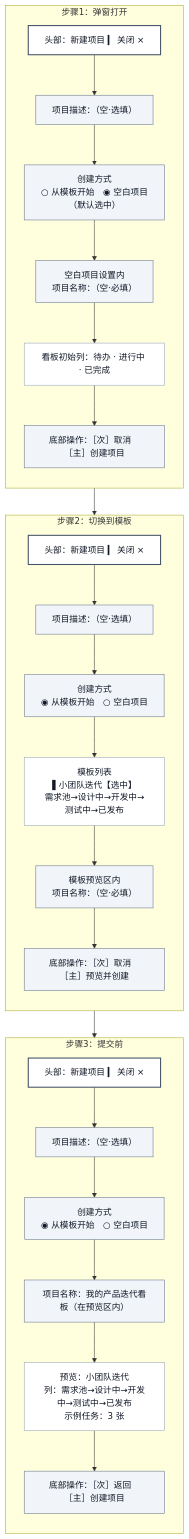
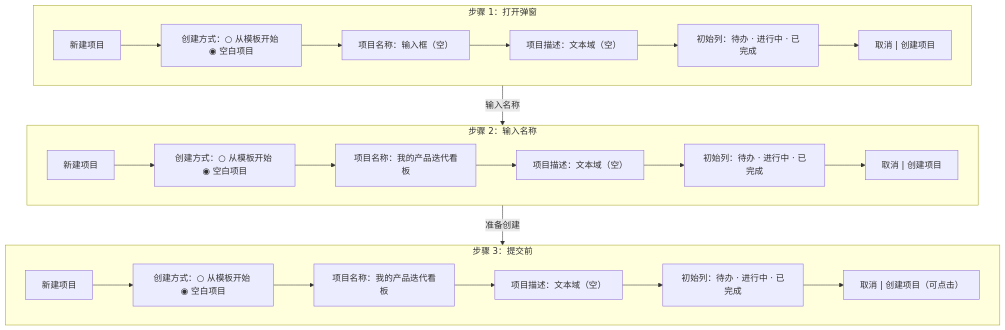
The sixth of 10 diagrams in docs/05-validation/低保真对照测试资产-PD-010C.md (tangtongqing/kanboard-onboarding-optimization), drawn with Mermaid before and after one commit. The commit also changed other lines of this file and 146 other files, not shown here.

````diff
--- a/docs/05-validation/低保真对照测试资产-PD-010C.md
+++ b/docs/05-validation/低保真对照测试资产-PD-010C.md
@@ -278,44 +259,32 @@
 ```mermaid
 flowchart TB
-    subgraph T06_STEP1["步骤1：弹窗打开"]
-        direction TB
-        T06_HEAD["头部：新建项目 ▎ 关闭 ×"]
-        T06_DESC1["项目描述：（空·选填）"]
-        T06_MODE1["创建方式<br/>○ 从模板开始　◉ 空白项目（默认选中）"]
-        T06_NAME1["空白项目设置内<br/>项目名称：（空·必填）"]
-        T06_COLS1["看板初始列：待办 · 进行中 · 已完成"]
-        T06_ACT1["底部操作：［次］取消　［主］创建项目"]
-        T06_HEAD --> T06_DESC1 --> T06_MODE1 --> T06_NAME1 --> T06_COLS1 --> T06_ACT1
+    subgraph STEP1_B["步骤 1：打开弹窗"]
+        S1B_HEAD["新建项目"]
+        S1B_MODE["创建方式：○ 从模板开始 ◉ 空白项目"]
+        S1B_NAME["项目名称：输入框（空）"]
+        S1B_DESC["项目描述：文本域（空）"]
+        S1B_INIT["初始列：待办 · 进行中 · 已完成"]
+        S1B_ACTS["取消 | 创建项目"]
+        S1B_HEAD --> S1B_MODE --> S1B_NAME --> S1B_DESC --> S1B_INIT --> S1B_ACTS
     end
-
-    subgraph T06_STEP2["步骤2：切换到模板"]
-        direction TB
-        T06_HEAD2["头部：新建项目 ▎ 关闭 ×"]
-        T06_DESC2["项目描述：（空·选填）"]
-        T06_MODE2["创建方式<br/>◉ 从模板开始　○ 空白项目"]
-        T06_LIST2["模板列表<br/>▌小团队迭代【选中】<br/>需求池→设计中→开发中→测试中→已发布"]
-        T06_NAME2["模板预览区内<br/>项目名称：（空·必填）"]
-        T06_ACT2["底部操作：［次］取消　［主］预览并创建"]
-        T06_HEAD2 --> T06_DESC2 --> T06_MODE2 --> T06_LIST2 --> T06_NAME2 --> T06_ACT2
+    subgraph STEP2_B["步骤 2：输入名称"]
+        S2B_HEAD["新建项目"]
+        S2B_MODE["创建方式：○ 从模板开始 ◉ 空白项目"]
+        S2B_NAME["项目名称：我的产品迭代看板"]
+        S2B_DESC["项目描述：文本域（空）"]
+        S2B_INIT["初始列：待办 · 进行中 · 已完成"]
+        S2B_ACTS["取消 | 创建项目"]
+        S2B_HEAD --> S2B_MODE --> S2B_NAME --> S2B_DESC --> S2B_INIT --> S2B_ACTS
     end
-
-    subgraph T06_STEP3["步骤3：提交前"]
-        direction TB
-        T06_HEAD3["头部：新建项目 ▎ 关闭 ×"]
-        T06_DESC3["项目描述：（空·选填）"]
-        T06_MODE3["创建方式<br/>◉ 从模板开始　○ 空白项目"]
-        T06_NAME3["项目名称：我的产品迭代看板（在预览区内）"]
-        T06_PREV3["预览：小团队迭代<br/>列：需求池→设计中→开发中→测试中→已发布<br/>示例任务：3 张"]
-        T06_ACT3["底部操作：［次］返回　［主］创建项目"]
-        T06_HEAD3 --> T06_DESC3 --> T06_MODE3 --> T06_NAME3 --> T06_PREV3 --> T06_ACT3
+    subgraph STEP3_B["步骤 3：提交前"]
+        S3B_HEAD["新建项目"]
+        S3B_MODE["创建方式：○ 从模板开始 ◉ 空白项目"]
+        S3B_NAME["项目名称：我的产品迭代看板"]
+        S3B_DESC["项目描述：文本域（空）"]
+        S3B_INIT["初始列：待办 · 进行中 · 已完成"]
+        S3B_ACTS["取消 | 创建项目（可点击）"]
+        S3B_HEAD --> S3B_MODE --> S3B_NAME --> S3B_DESC --> S3B_INIT --> S3B_ACTS
     end
-
-    T06_STEP1 --> T06_STEP2 --> T06_STEP3
-
-    classDef frame fill:#ffffff,stroke:#475569,color:#111827,stroke-width:2px;
-    classDef control fill:#f1f5f9,stroke:#64748b,color:#111827;
-    classDef content fill:#ffffff,stroke:#94a3b8,color:#111827;
-    class T06_HEAD,T06_HEAD2,T06_HEAD3 frame;
-    class T06_NAME1,T06_NAME2,T06_NAME3,T06_DESC1,T06_DESC2,T06_DESC3,T06_MODE1,T06_MODE2,T06_MODE3,T06_ACT1,T06_ACT2,T06_ACT3 control;
-    class T06_COLS1,T06_LIST2,T06_PREV3 content;
+    STEP1_B -->|"输入名称"| STEP2_B
+    STEP2_B -->|"准备创建"| STEP3_B
 ```
````
